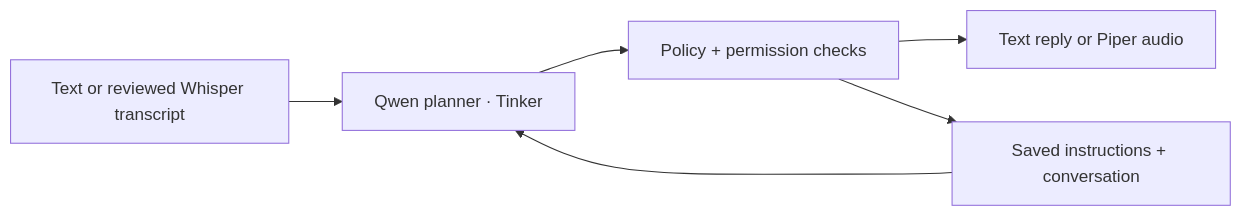
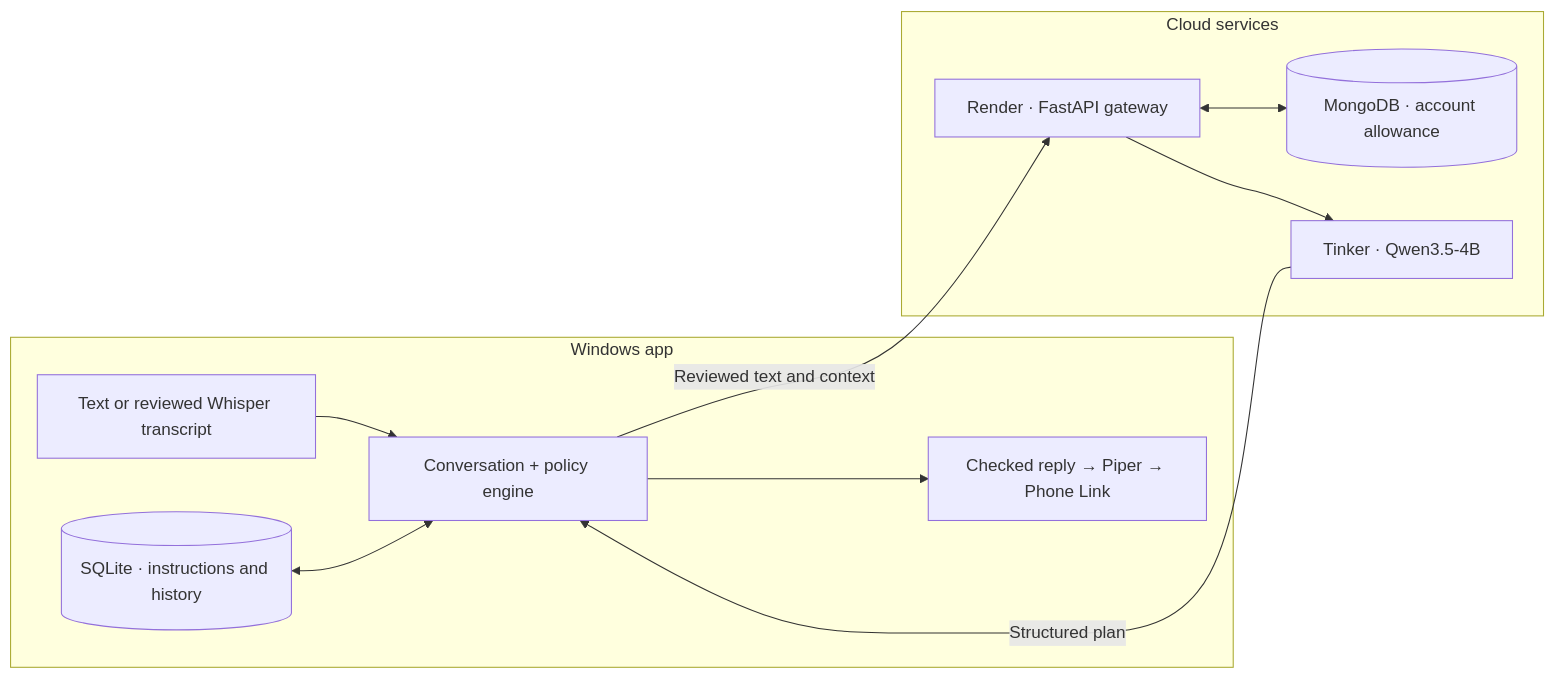
The diagram in README.md (DivyanshSaharan/GuardMate), drawn with Mermaid before and after one commit. The commit also changed other lines of this file and 1 other file, not shown here.

Commit message:
docs: refresh GuardMate usage and architecture

````diff
--- a/README.md
+++ b/README.md
@@ -76,8 +94,14 @@
 ```mermaid
 flowchart LR
-    Input["Text or reviewed Whisper transcript"] --> Planner["Qwen planner · Tinker"]
-    Context["Saved instructions + conversation"] --> Planner
-    Planner --> Checks["Policy + permission checks"]
-    Checks --> Reply["Text reply or Piper audio"]
-    Checks --> Context
+    subgraph Windows["Windows app"]
+        Input["Text or reviewed Whisper transcript"] --> Engine["Conversation + policy engine"]
+        Local[("SQLite · instructions and history")] <--> Engine
+        Engine --> Reply["Checked reply → Piper → Phone Link"]
+    end
+    subgraph Cloud["Cloud services"]
+        Gateway["Render · FastAPI gateway"] <--> Ledger[("MongoDB · account allowance")]
+        Gateway --> Planner["Tinker · Qwen3.5-4B"]
+    end
+    Engine -->|Reviewed text and context| Gateway
+    Planner -->|Structured plan| Engine
 ```
````
